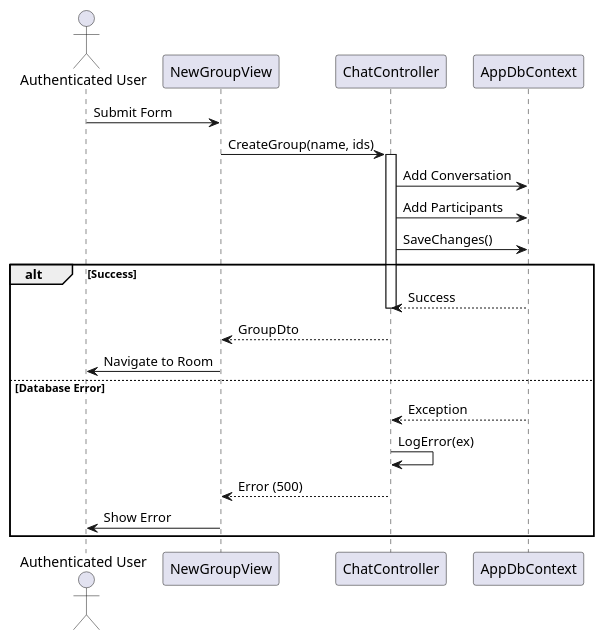
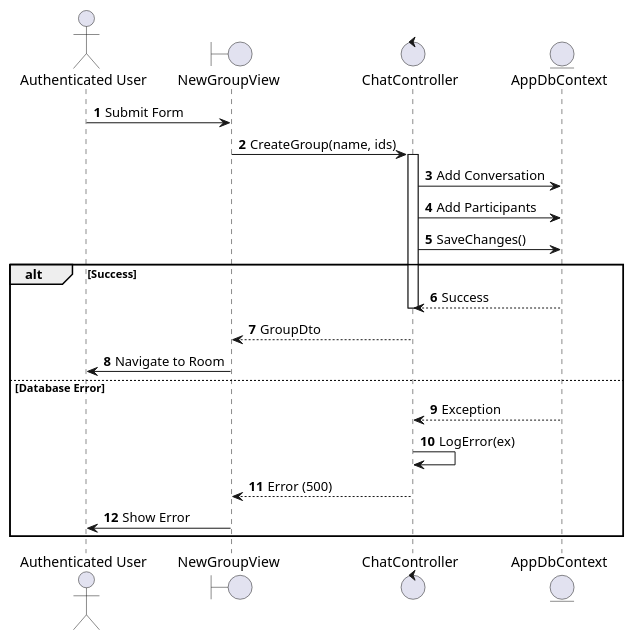
Before and after one commit to I-Love-U-3000/Favi-BE: the sixth of 16 diagrams in UC_2.1.7_Chat.md, drawn with PlantUML. The commit also changed other lines of this file and 36 other files, not shown here.

````diff
--- a/UC_2.1.7_Chat.md
+++ b/UC_2.1.7_Chat.md
@@ -240,28 +255,29 @@
 ```plantuml
 @startuml
+autonumber
 actor "Authenticated User" as User
-participant "NewGroupView" as View
-participant "ChatController" as Controller
-participant "AppDbContext" as DB
+boundary "NewGroupView" as View
+control "ChatController" as Controller
+entity "AppDbContext" as DB
 
 User -> View: Submit Form
 View -> Controller: CreateGroup(name, ids)
 activate Controller
 Controller -> DB: Add Conversation
 Controller -> DB: Add Participants
 Controller -> DB: SaveChanges()
 alt Success
     DB --> Controller: Success
     deactivate Controller
     Controller --> View: GroupDto
     deactivate Controller
     View -> User: Navigate to Room
 else Database Error
     DB --> Controller: Exception
     Controller -> Controller: LogError(ex)
     Controller --> View: Error (500)
     deactivate Controller
     View -> User: Show Error
 end
 @enduml
 ```
````
